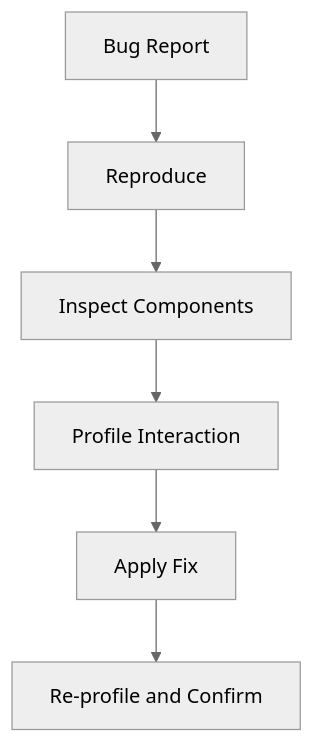
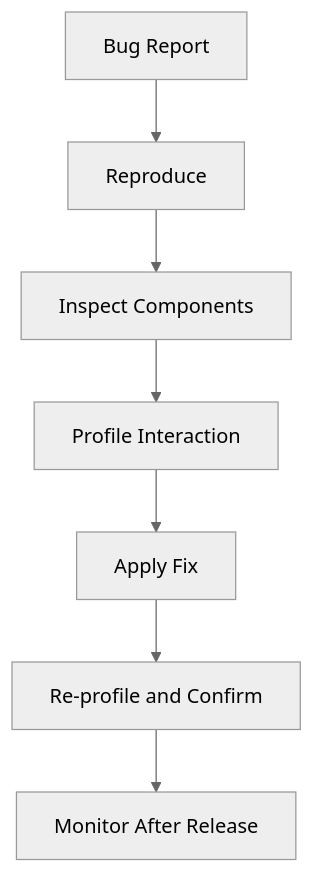
Before and after one commit to kaushalkumar8459/CodingTerminal-Tutorial-Notes: the diagram in tutorial-platform/public/tutorials/react/day-081-react-devtools-deep-dive.md, drawn with Mermaid (neutral theme). The commit also changed other lines of this file, not shown here.

````diff
--- a/tutorial-platform/public/tutorials/react/day-081-react-devtools-deep-dive.md
+++ b/tutorial-platform/public/tutorials/react/day-081-react-devtools-deep-dive.md
@@ -170,8 +190,9 @@
 ```mermaid
 flowchart TD
 		A[Bug Report] --> B[Reproduce]
 		B --> C[Inspect Components]
 		C --> D[Profile Interaction]
 		D --> E[Apply Fix]
 		E --> F[Re-profile and Confirm]
+		F --> G[Monitor After Release]
 ```
````
